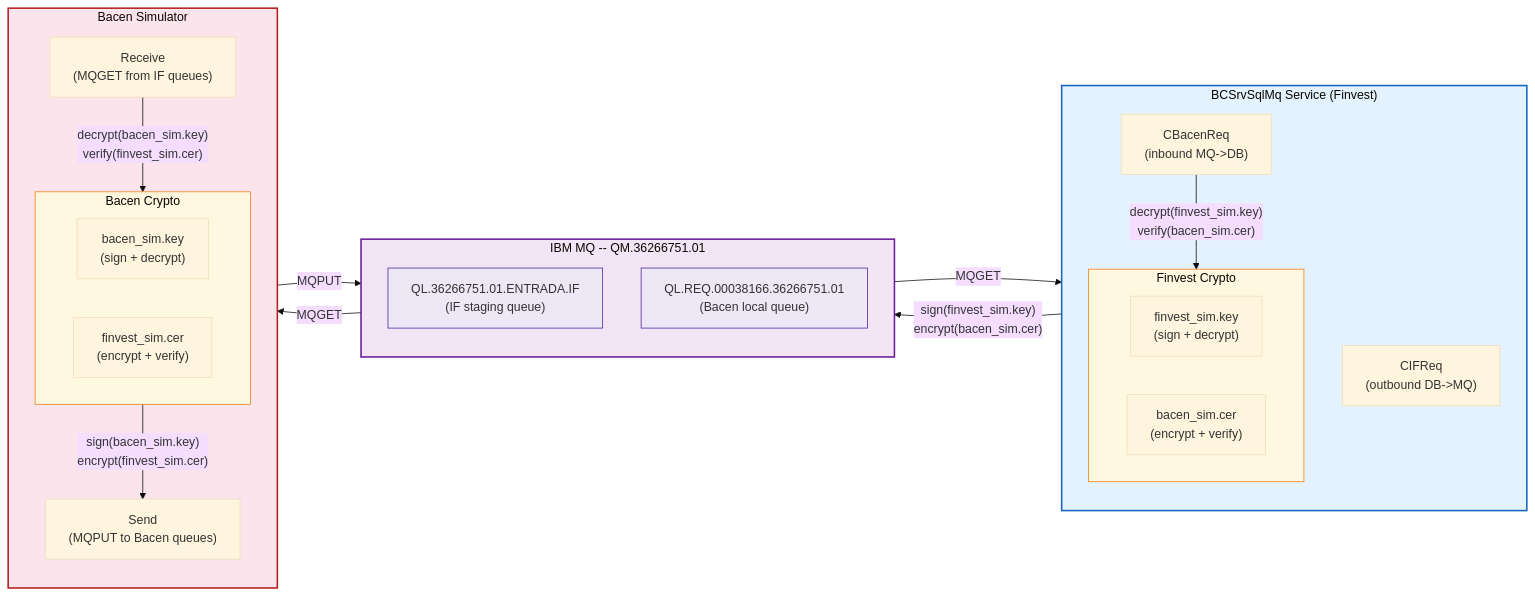
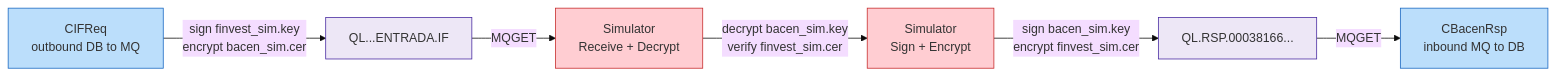
One commit to ACBtech86/SPB_FINAL changed the fifth of 5 diagrams in Docs/MESSAGE_FLOWS.md. Above: the diagram before and after it, drawn with Mermaid (base theme). The commit also changed other lines of this file and 1 other file, not shown here.

First line of the commit message:
docs: Fix Mermaid diagrams and remove tmux references

````diff
--- a/Docs/MESSAGE_FLOWS.md
+++ b/Docs/MESSAGE_FLOWS.md
@@ -297,45 +231,22 @@
 ```mermaid
-flowchart LR
-    subgraph FINVEST_SRV ["BCSrvSqlMq Service (Finvest)"]
-        direction TB
-        IF_REQ["CIFReq\n(outbound DB->MQ)"]
-        BC_REQ["CBacenReq\n(inbound MQ->DB)"]
-        subgraph FIN_CRYPTO ["Finvest Crypto"]
-            FIN_PRV["finvest_sim.key\n(sign + decrypt)"]
-            FIN_PUB["bacen_sim.cer\n(encrypt + verify)"]
-        end
-    end
+graph LR
+    IF_REQ["CIFReq<br/>outbound DB to MQ"]
+    QL_IF["QL...ENTRADA.IF"]
+    SIM_RCV["Simulator<br/>Receive + Decrypt"]
+    SIM_SND["Simulator<br/>Sign + Encrypt"]
+    QL_BC["QL.RSP.00038166..."]
+    BC_RSP["CBacenRsp<br/>inbound MQ to DB"]
 
-    subgraph MQ ["IBM MQ -- QM.36266751.01"]
-        direction TB
-        QL_IF["QL.36266751.01.ENTRADA.IF\n(IF staging queue)"]
-        QL_BC["QL.REQ.00038166.36266751.01\n(Bacen local queue)"]
-    end
+    IF_REQ -->|"sign finvest_sim.key<br/>encrypt bacen_sim.cer"| QL_IF
+    QL_IF -->|"MQGET"| SIM_RCV
+    SIM_RCV -->|"decrypt bacen_sim.key<br/>verify finvest_sim.cer"| SIM_SND
+    SIM_SND -->|"sign bacen_sim.key<br/>encrypt finvest_sim.cer"| QL_BC
+    QL_BC -->|"MQGET"| BC_RSP
 
-    subgraph BACEN_SIM ["Bacen Simulator"]
-        direction TB
-        SIM_RCV["Receive\n(MQGET from IF queues)"]
-        SIM_SND["Send\n(MQPUT to Bacen queues)"]
-        subgraph BC_CRYPTO ["Bacen Crypto"]
-            BC_PRV["bacen_sim.key\n(sign + decrypt)"]
-            BC_PUB["finvest_sim.cer\n(encrypt + verify)"]
-        end
-    end
-
-    IF_REQ -->|"sign(finvest_sim.key)\nencrypt(bacen_sim.cer)"| QL_IF
-    QL_IF -->|"MQGET"| SIM_RCV
-    SIM_RCV -->|"decrypt(bacen_sim.key)\nverify(finvest_sim.cer)"| BC_CRYPTO
-
-    BC_CRYPTO -->|"sign(bacen_sim.key)\nencrypt(finvest_sim.cer)"| SIM_SND
-    SIM_SND -->|"MQPUT"| QL_BC
-    QL_BC -->|"MQGET"| BC_REQ
-    BC_REQ -->|"decrypt(finvest_sim.key)\nverify(bacen_sim.cer)"| FIN_CRYPTO
-
-    style FINVEST_SRV fill:#e3f2fd,stroke:#1565c0,stroke-width:2px
-    style MQ fill:#f3e5f5,stroke:#6a1b9a,stroke-width:2px
-    style BACEN_SIM fill:#fce4ec,stroke:#b71c1c,stroke-width:2px
-    style FIN_CRYPTO fill:#fff8e1,stroke:#f57f17
-    style BC_CRYPTO fill:#fff8e1,stroke:#f57f17
+    style IF_REQ fill:#bbdefb,stroke:#1565c0
+    style BC_RSP fill:#bbdefb,stroke:#1565c0
     style QL_IF fill:#ede7f6,stroke:#4527a0
     style QL_BC fill:#ede7f6,stroke:#4527a0
+    style SIM_RCV fill:#ffcdd2,stroke:#c62828
+    style SIM_SND fill:#ffcdd2,stroke:#c62828
 ```
````
